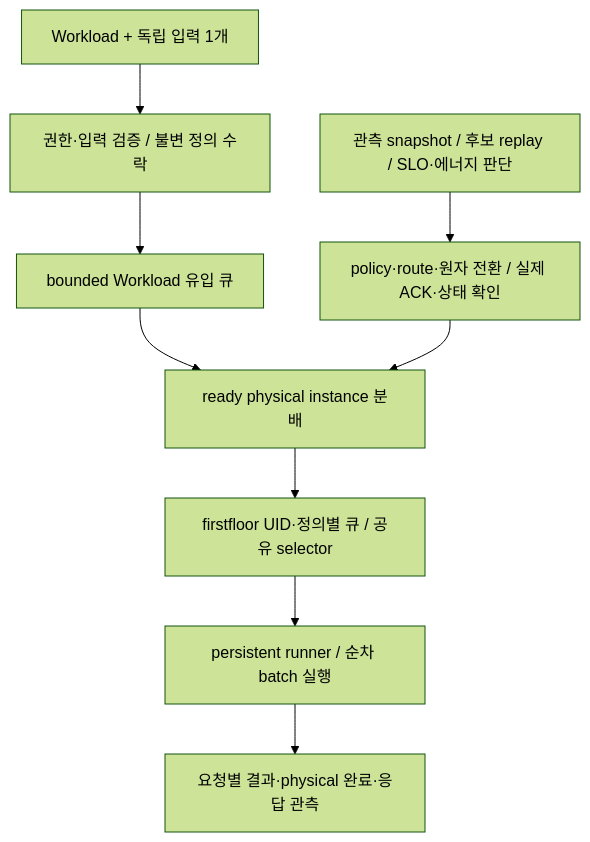
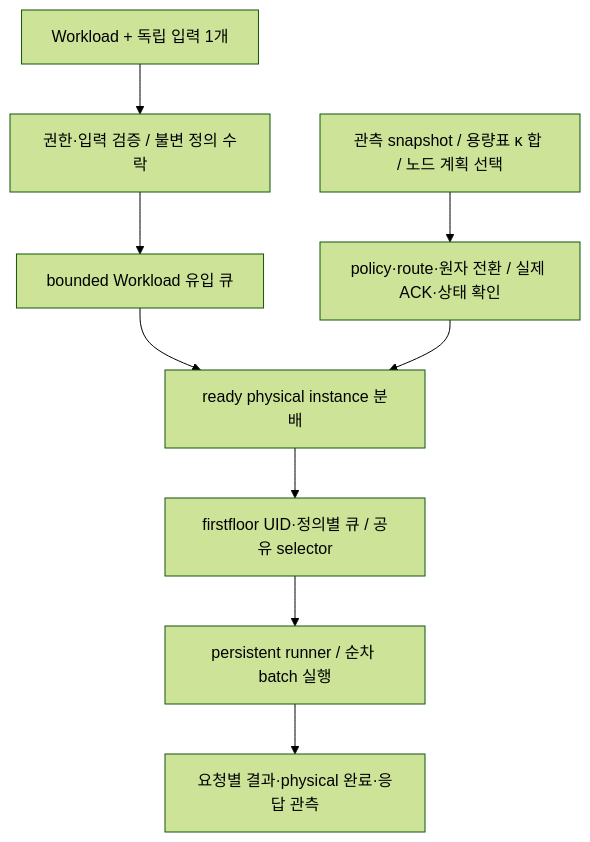
The diagram in docs/design/serving/README.md (lab-paper-code/chill), drawn with Mermaid (forest theme) before and after one commit. The commit also changed other lines of this file and 60 other files, not shown here.

````diff
--- a/docs/design/serving/README.md
+++ b/docs/design/serving/README.md
@@ -42,11 +42,11 @@
 ```mermaid
 flowchart TD
     A["Workload + 독립 입력 1개"] --> B["권한·입력 검증 / 불변 정의 수락"]
     B --> C["bounded Workload 유입 큐"]
     C --> D["ready physical instance 분배"]
     D --> E["firstfloor UID·정의별 큐 / 공유 selector"]
     E --> F["persistent runner / 순차 batch 실행"]
     F --> G["요청별 결과·physical 완료·응답 관측"]
-    H["관측 snapshot / 후보 replay / SLO·에너지 판단"] --> I["policy·route·원자 전환 / 실제 ACK·상태 확인"]
+    H["관측 snapshot / 용량표 κ 합 / 노드 계획 선택"] --> I["policy·route·원자 전환 / 실제 ACK·상태 확인"]
     I --> D
 ```
````
